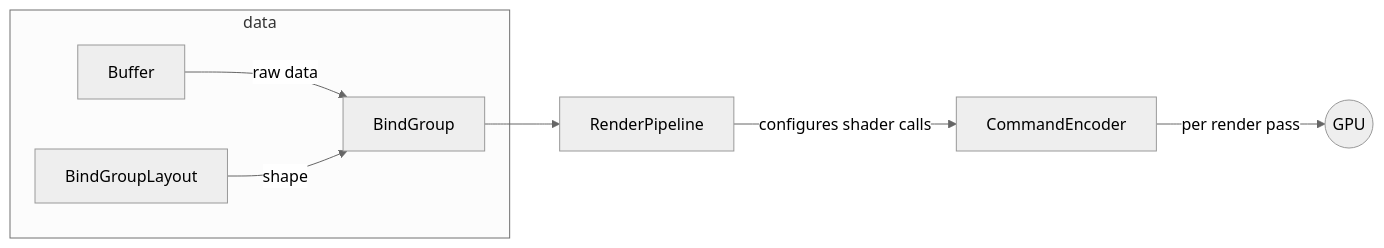
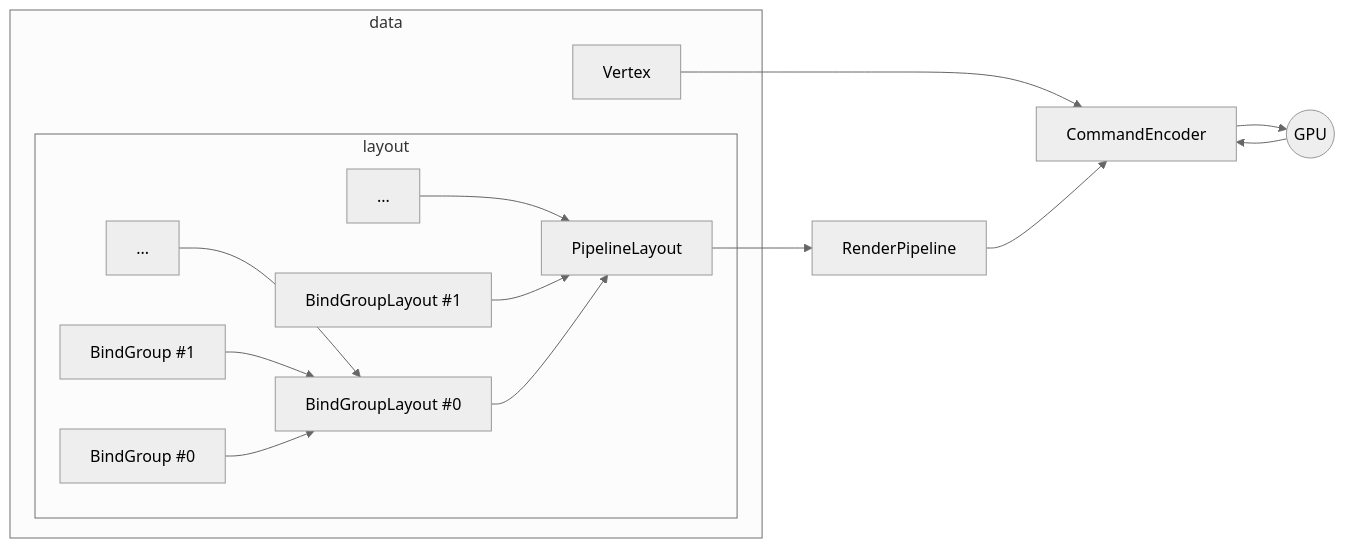
One commit to cutout-studios/js13k-2026 changed the diagram in docs/APPENDIX.md. Above: the diagram before and after it, drawn with Mermaid (neutral theme). The commit also changed other lines of this file, not shown here.

Commit message:
fix mermaid diagram

````diff
--- a/docs/APPENDIX.md
+++ b/docs/APPENDIX.md
@@ -116,10 +116,19 @@
 ```mermaid
 flowchart LR
   subgraph data
-    Buffer -->|raw data| BindGroup
-    BindGroupLayout -->|shape| BindGroup
+    subgraph layout
+      BG3[...] --> BGL1
+      BG2[BindGroup #1] --> BGL1
+      BG1[BindGroup #0] --> BGL1
+      BGL3[...] --> PipelineLayout
+      BGL2[BindGroupLayout #1] --> PipelineLayout
+      BGL1[BindGroupLayout #0] --> PipelineLayout
+    end
+    Vertex
   end
-  BindGroup --> RenderPipeline
-  RenderPipeline -->|configures shader calls| CommandEncoder
-  CommandEncoder -->|per render pass| GPU((GPU))
+  Vertex --> CommandEncoder
+  PipelineLayout --> RenderPipeline
+  RenderPipeline --> CommandEncoder
+  CommandEncoder --> GPU((GPU))
+  GPU --> CommandEncoder
 ```
````
